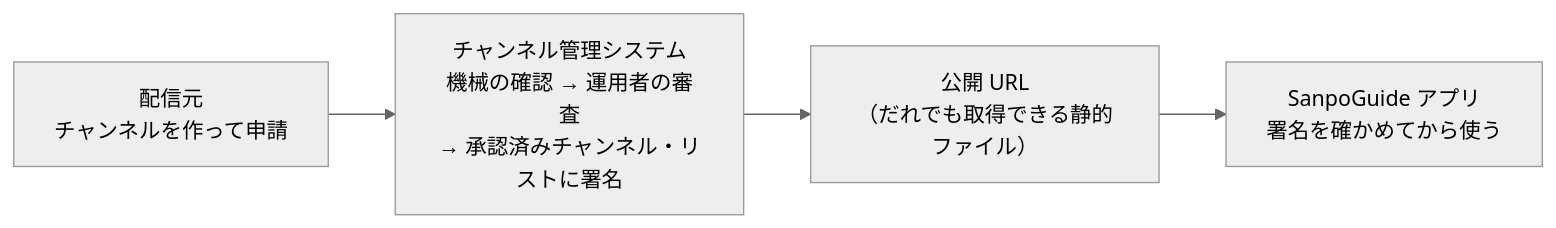
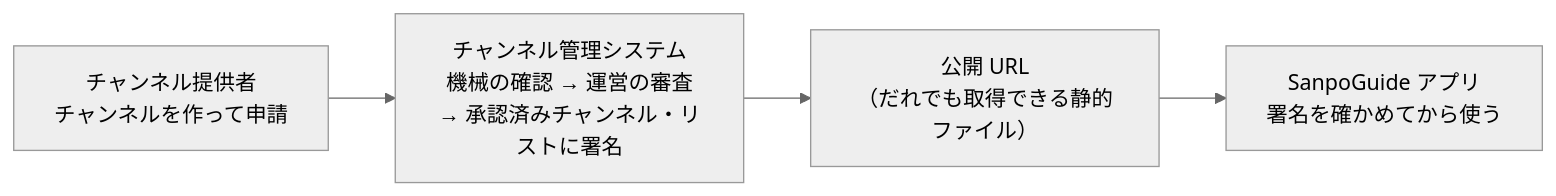
Before and after one commit to duwenji/michizure-console: the diagram in docs/guide/README.md, drawn with Mermaid (neutral theme). The commit also changed other lines of this file and 42 other files, not shown here.

````diff
--- a/docs/guide/README.md
+++ b/docs/guide/README.md
@@ -13,6 +13,6 @@
 ```mermaid
 flowchart LR
-    P["配信元<br/>チャンネルを作って申請"] --> S["チャンネル管理システム<br/>機械の確認 → 運用者の審査<br/>→ 承認済みチャンネル・リストに署名"]
+    P["チャンネル提供者<br/>チャンネルを作って申請"] --> S["チャンネル管理システム<br/>機械の確認 → 運営の審査<br/>→ 承認済みチャンネル・リストに署名"]
     S --> L["公開 URL<br/>（だれでも取得できる静的ファイル）"]
     L --> A["SanpoGuide アプリ<br/>署名を確かめてから使う"]
 ```
````
